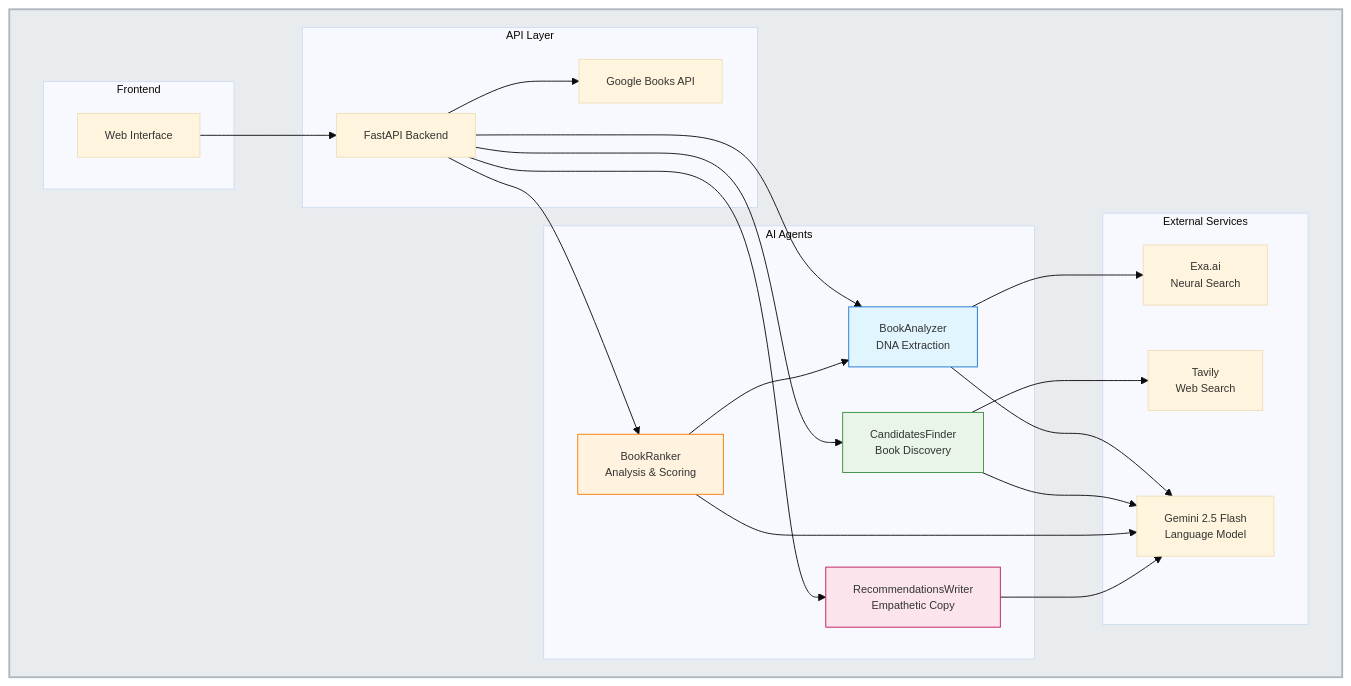
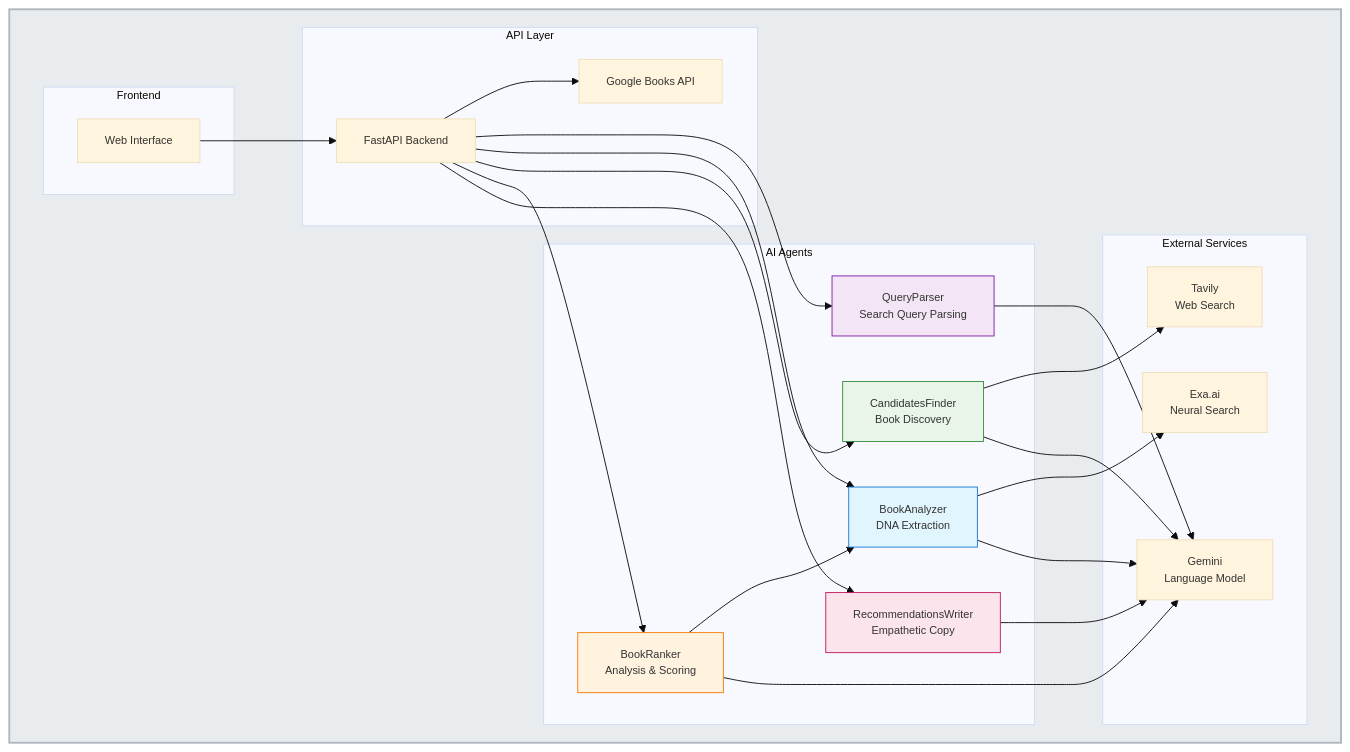
Before and after one commit to chienchern/Librarian: the diagram in .kiro/specs/librarian/design-technical-architecture.md, drawn with Mermaid. The commit also changed other lines of this file and 6 other files, not shown here.

````diff
--- a/.kiro/specs/librarian/design-technical-architecture.md
+++ b/.kiro/specs/librarian/design-technical-architecture.md
@@ -3,49 +3,53 @@
 ```mermaid
 %%{init: {'theme':'base', 'themeVariables': {'fontSize':'12px', 'fontFamily':'arial'}}}%%
 graph TB
     subgraph arch[" "]
         subgraph "Frontend"
             UI[Web Interface]
         end
         
         subgraph "API Layer"
             API[FastAPI Backend]
             GB[Google Books API]
         end
         
         subgraph "AI Agents"
+            QP[QueryParser<br/>Search Query Parsing]
             BA[BookAnalyzer<br/>DNA Extraction]
             CF[CandidatesFinder<br/>Book Discovery]
             BR[BookRanker<br/>Analysis & Scoring]
             RW[RecommendationsWriter<br/>Empathetic Copy]
         end
         
         subgraph "External Services"
             EXA[Exa.ai<br/>Neural Search]
             TAV[Tavily<br/>Web Search]
-            GEM[Gemini 2.5 Flash<br/>Language Model]
+            GEM[Gemini<br/>Language Model]
         end
         
         UI --> API
         API --> GB
+        API --> QP
         API --> BA
         API --> CF
         API --> BR
         API --> RW
         
         BA --> EXA
         CF --> TAV
         BR --> BA
         
+        QP --> GEM
         BA --> GEM
         CF --> GEM
         BR --> GEM
         RW --> GEM
     end
     
+    style QP fill:#f3e5f5,stroke:#7b1fa2
     style BA fill:#e1f5fe,stroke:#1976d2
     style CF fill:#e8f5e8,stroke:#388e3c
     style BR fill:#fff3e0,stroke:#f57c00
     style RW fill:#fce4ec,stroke:#c2185b
     style arch fill:#e9ecef,stroke:#adb5bd,stroke-width:2px
 ```
````
